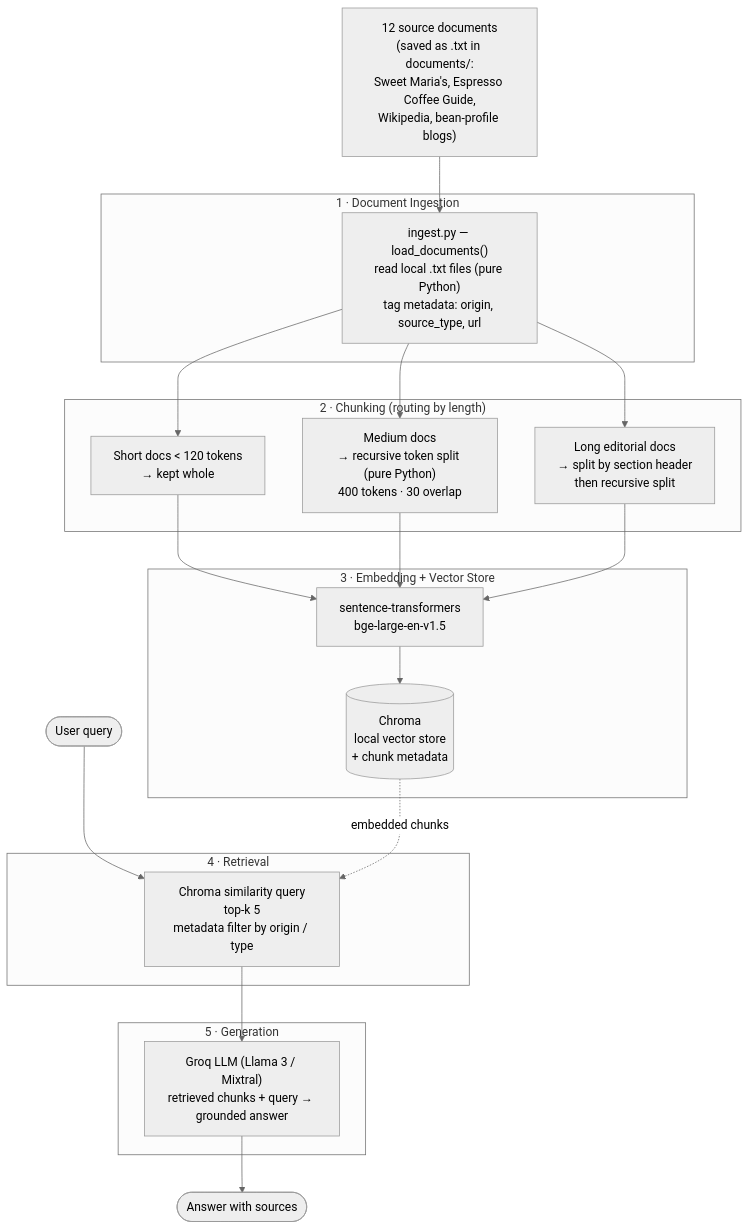
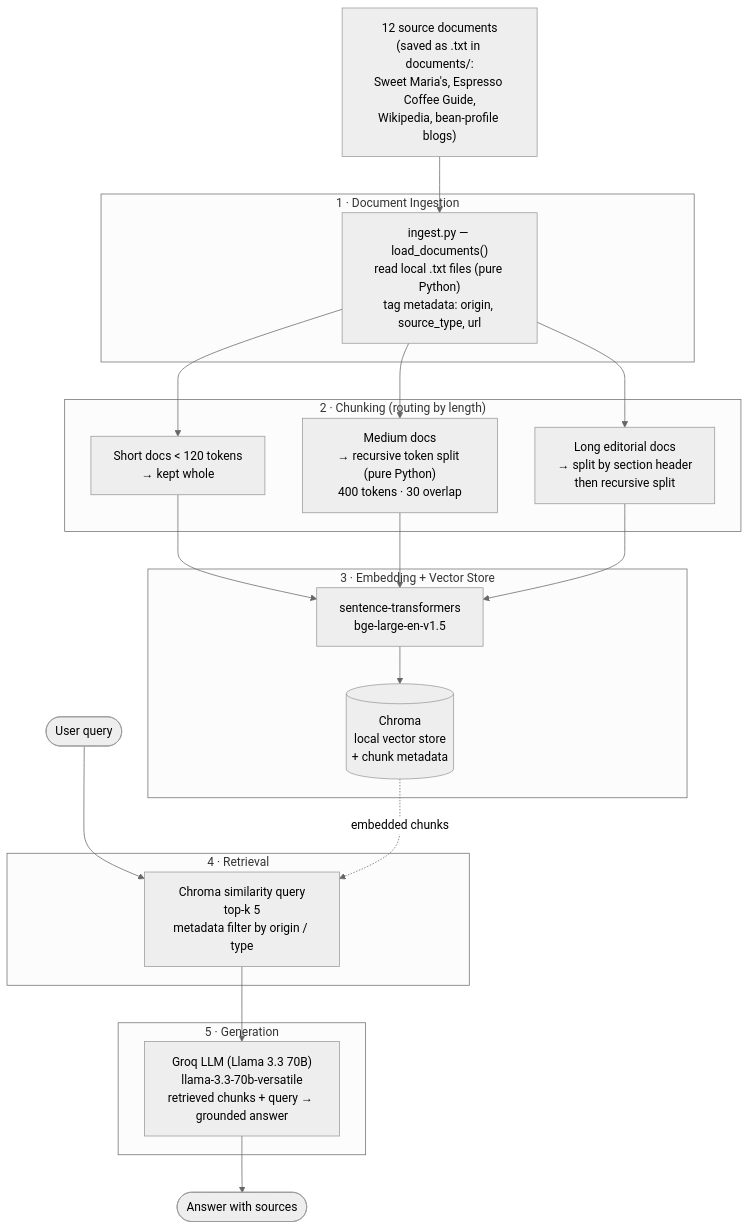
Before and after one commit to thisiswhale/ai201-project1-unofficial-guide-starter: the diagram in planning.md, drawn with Mermaid (neutral theme). The commit also changed other lines of this file and 4 other files, not shown here.

````diff
--- a/planning.md
+++ b/planning.md
@@ -113,35 +113,35 @@
 ```mermaid
 flowchart TD
     SRC["12 source documents<br/>(saved as .txt in documents/:<br/>Sweet Maria's, Espresso Coffee Guide,<br/>Wikipedia, bean-profile blogs)"]
 
     subgraph S1["1 · Document Ingestion"]
         I["ingest.py — load_documents()<br/>read local .txt files (pure Python)<br/>tag metadata: origin, source_type, url"]
     end
 
     subgraph S2["2 · Chunking (routing by length)"]
         C1["Short docs &lt; 120 tokens<br/>→ kept whole"]
         C2["Medium docs<br/>→ recursive token split (pure Python)<br/>400 tokens · 30 overlap"]
         C3["Long editorial docs<br/>→ split by section header<br/>then recursive split"]
     end
 
     subgraph S3["3 · Embedding + Vector Store"]
         E["sentence-transformers<br/>bge-large-en-v1.5"]
         V[("Chroma<br/>local vector store<br/>+ chunk metadata")]
     end
 
     subgraph S4["4 · Retrieval"]
         R["Chroma similarity query<br/>top-k 5<br/>metadata filter by origin / type"]
     end
 
     subgraph S5["5 · Generation"]
-        G["Groq LLM (Llama 3 / Mixtral)<br/>retrieved chunks + query → grounded answer"]
+        G["Groq LLM (Llama 3.3 70B)<br/>llama-3.3-70b-versatile<br/>retrieved chunks + query → grounded answer"]
     end
 
     Q(["User query"])
 
     SRC --> I --> C1 & C2 & C3
     C1 & C2 & C3 --> E --> V
     Q --> R
     V -. embedded chunks .-> R
     R --> G --> ANS(["Answer with sources"])
 ```
````
